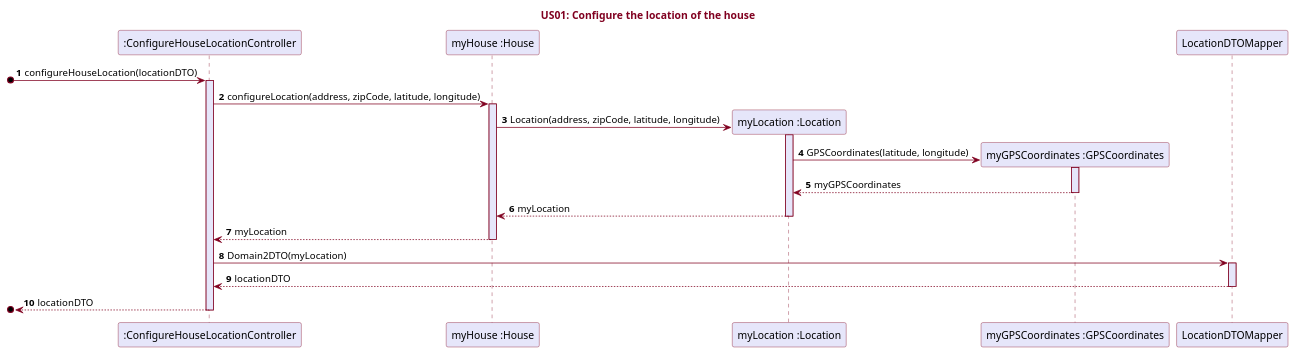
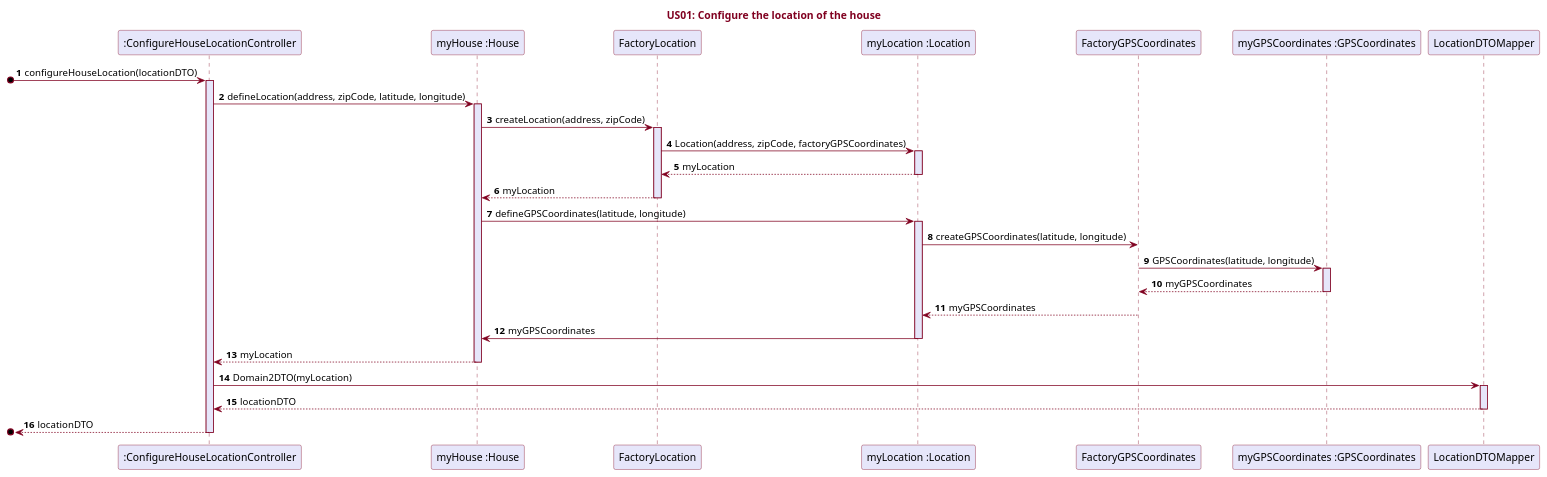
Before and after one commit to RicardoAraujoPT/SmartHome2: the diagram in src/main/java/pt/ipp/isep/dei/examples/basic/domain/SmartHome/UML/US01.puml, drawn with PlantUML. The commit also changed 1 other file, not shown here.

Commit message:
US01.puml updated. defineLocation method (House) updated

```diff
--- a/src/main/java/pt/ipp/isep/dei/examples/basic/domain/SmartHome/UML/US01.puml
+++ b/src/main/java/pt/ipp/isep/dei/examples/basic/domain/SmartHome/UML/US01.puml
@@ -1,37 +1,50 @@
 @startuml
 'https://plantuml.com/sequence-diagram
 
 title <font color=#800020>US01: Configure the location of the house</font>
 
 skinparam sequence {
 ArrowColor #800020
 LifeLineBorderColor #800020
 LifeLineBackgroundColor #E6E6FA
 ParticipantBorderColor #800020
 ParticipantBackgroundColor #E6E6FA
 }
 
 autonumber
 
 [o->":ConfigureHouseLocationController": configureHouseLocation(locationDTO)
 activate ":ConfigureHouseLocationController"
-":ConfigureHouseLocationController"->"myHouse :House": configureLocation(address, zipCode, latitude, longitude)
+":ConfigureHouseLocationController"->"myHouse :House": defineLocation(address, zipCode, latitude, longitude)
 activate "myHouse :House"
-"myHouse :House"->"myLocation :Location" ** : Location(address, zipCode, latitude, longitude)
+"myHouse :House"->"FactoryLocation" : createLocation(address, zipCode)
+activate "FactoryLocation"
+"FactoryLocation"->"myLocation :Location" : Location(address, zipCode, factoryGPSCoordinates)
 activate "myLocation :Location"
-"myLocation :Location"->"myGPSCoordinates :GPSCoordinates" ** : GPSCoordinates(latitude, longitude)
+"myLocation :Location"-->"FactoryLocation" : myLocation
+deactivate "myLocation :Location"
+"FactoryLocation"-->"myHouse :House" : myLocation
+deactivate "FactoryLocation"
+"myHouse :House"->"myLocation :Location" : defineGPSCoordinates(latitude, longitude)
+activate "myLocation :Location"
+"myLocation :Location"->"FactoryGPSCoordinates" : createGPSCoordinates(latitude, longitude)
+"FactoryGPSCoordinates"->"myGPSCoordinates :GPSCoordinates" : GPSCoordinates(latitude, longitude)
 activate "myGPSCoordinates :GPSCoordinates"
-"myGPSCoordinates :GPSCoordinates"-->"myLocation :Location" : myGPSCoordinates
+"myGPSCoordinates :GPSCoordinates"-->"FactoryGPSCoordinates" : myGPSCoordinates
 deactivate "myGPSCoordinates :GPSCoordinates"
-"myLocation :Location"-->"myHouse :House" : myLocation
+"FactoryGPSCoordinates"-->"myLocation :Location" : myGPSCoordinates
+
+"myLocation :Location"->"myHouse :House"  : myGPSCoordinates
+
+
 deactivate "myLocation :Location"
 "myHouse :House"-->":ConfigureHouseLocationController": myLocation
 deactivate "myHouse :House"
 ":ConfigureHouseLocationController"->"LocationDTOMapper": Domain2DTO(myLocation)
 activate "LocationDTOMapper"
 "LocationDTOMapper"-->":ConfigureHouseLocationController": locationDTO
 deactivate "LocationDTOMapper"
 [o<--":ConfigureHouseLocationController": locationDTO
 deactivate ":ConfigureHouseLocationController"
 
 @enduml
```
